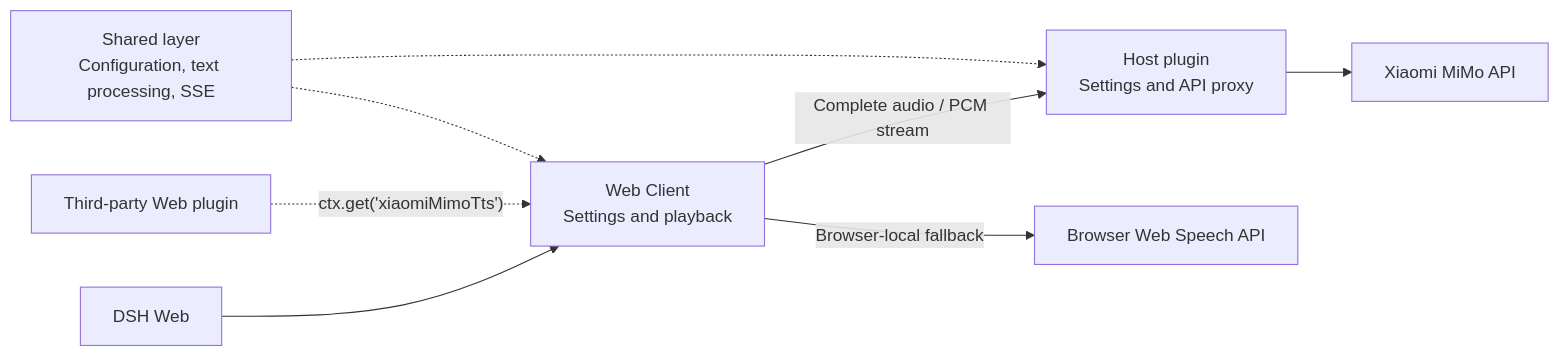
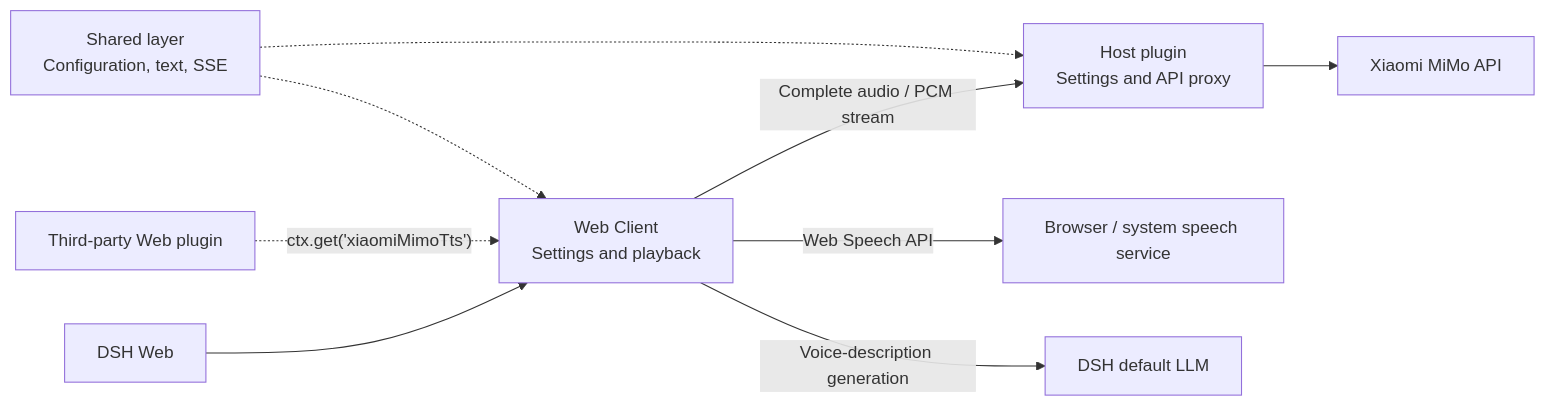
The diagram in README.en.md (ppy-web/dsh-plugin-xiaomi-mimo-tts), drawn with Mermaid before and after one commit. The commit also changed other lines of this file and 28 other files, not shown here.

````diff
--- a/README.en.md
+++ b/README.en.md
@@ -148,10 +173,11 @@
 ```mermaid
 flowchart LR
     DSH["DSH Web"] --> CLIENT["Web Client<br/>Settings and playback"]
     THIRD["Third-party Web plugin"] -. "ctx.get('xiaomiMimoTts')" .-> CLIENT
     CLIENT -->|"Complete audio / PCM stream"| HOST["Host plugin<br/>Settings and API proxy"]
     HOST --> MIMO["Xiaomi MiMo API"]
-    CLIENT -->|"Browser-local fallback"| SPEECH["Browser Web Speech API"]
-    SHARED["Shared layer<br/>Configuration, text processing, SSE"] -.-> CLIENT
+    CLIENT -->|"Web Speech API"| SPEECH["Browser / system speech service"]
+    CLIENT -->|"Voice-description generation"| LLM["DSH default LLM"]
+    SHARED["Shared layer<br/>Configuration, text, SSE"] -.-> CLIENT
     SHARED -.-> HOST
 ```
````
